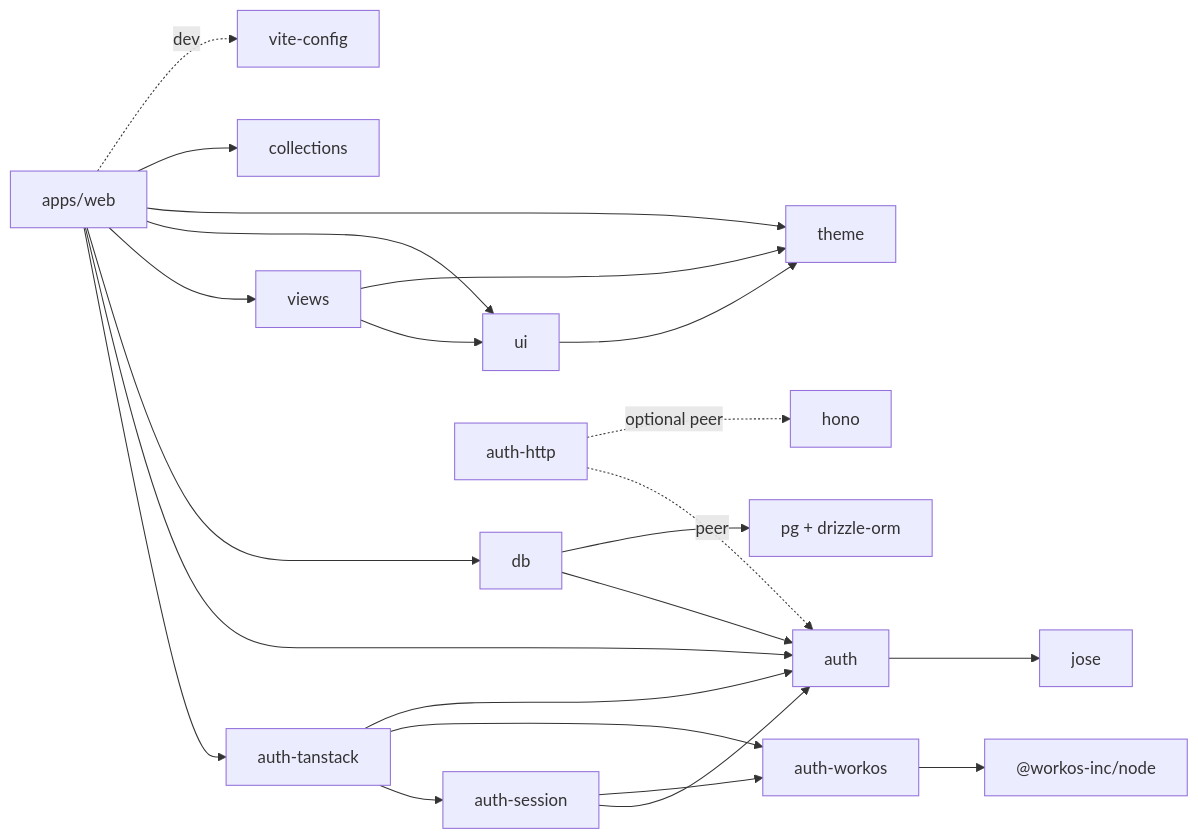
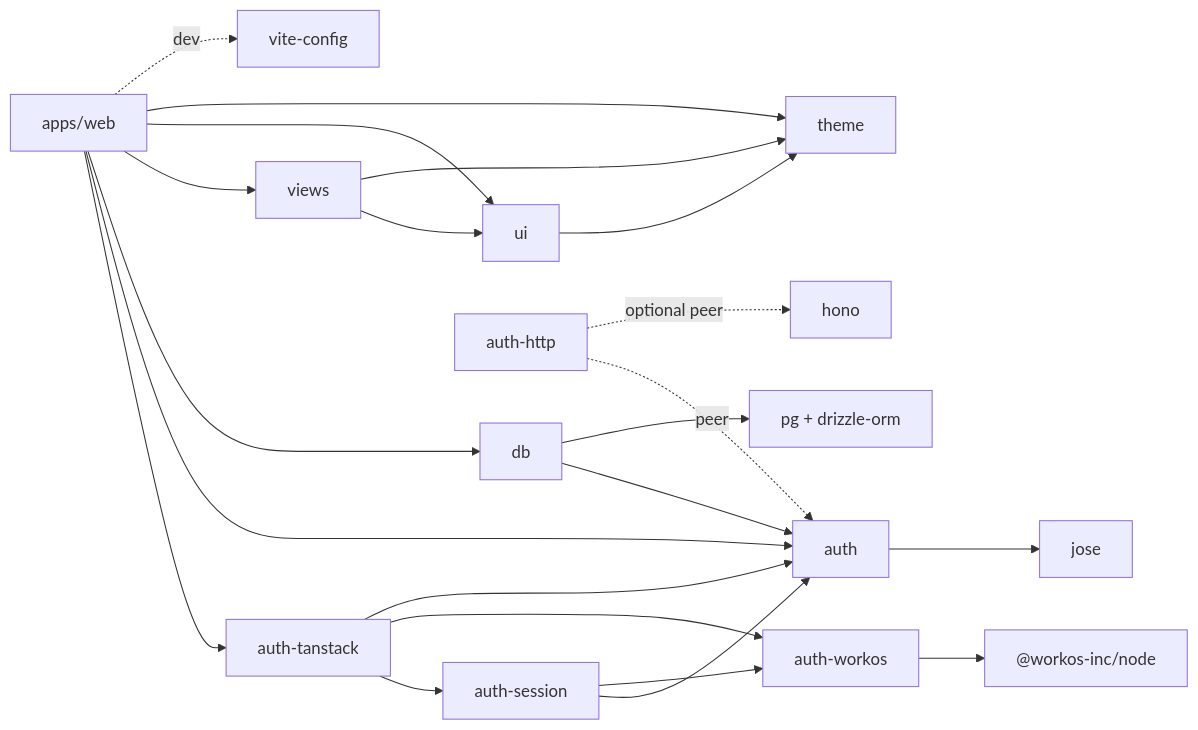
One commit to littleorgans/lilo-moon-template changed the first of 6 diagrams in docs/system-overview.md. Above: the diagram before and after it, drawn with Mermaid. The commit also changed other lines of this file and 58 other files, not shown here.

````diff
--- a/docs/system-overview.md
+++ b/docs/system-overview.md
@@ -71,25 +66,24 @@
 ```mermaid
 graph LR
   web[apps/web] --> auth-tanstack
   web --> auth
   web --> db
   web --> views
   web --> ui
   web --> theme
-  web --> collections
   web -. dev .-> vite-config
   auth-tanstack --> auth-session
   auth-tanstack --> auth-workos
   auth-tanstack --> auth
   auth-session --> auth
   auth-session --> auth-workos
   auth-http -. peer .-> auth
   auth-http -. optional peer .-> hono
   auth-workos --> sdk["@workos-inc/node"]
   auth --> jose
   db --> auth
   db --> pg["pg + drizzle-orm"]
   views --> ui
   views --> theme
   ui --> theme
 ```
````
